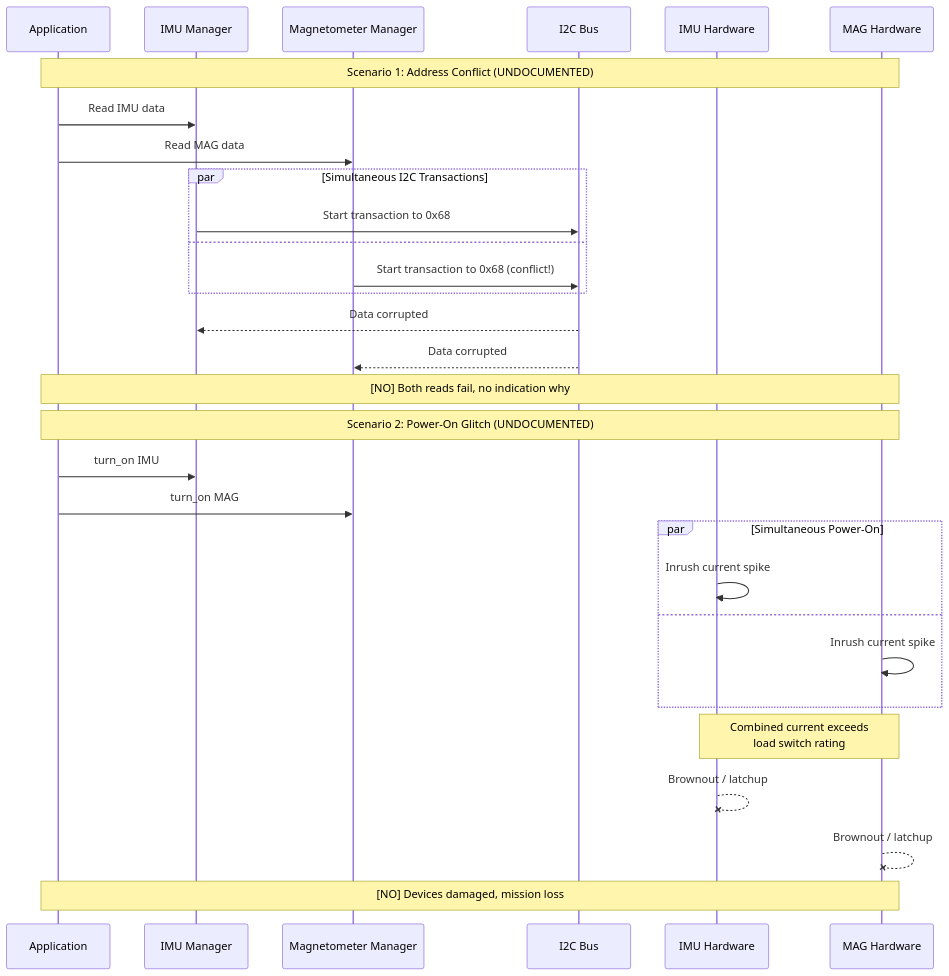
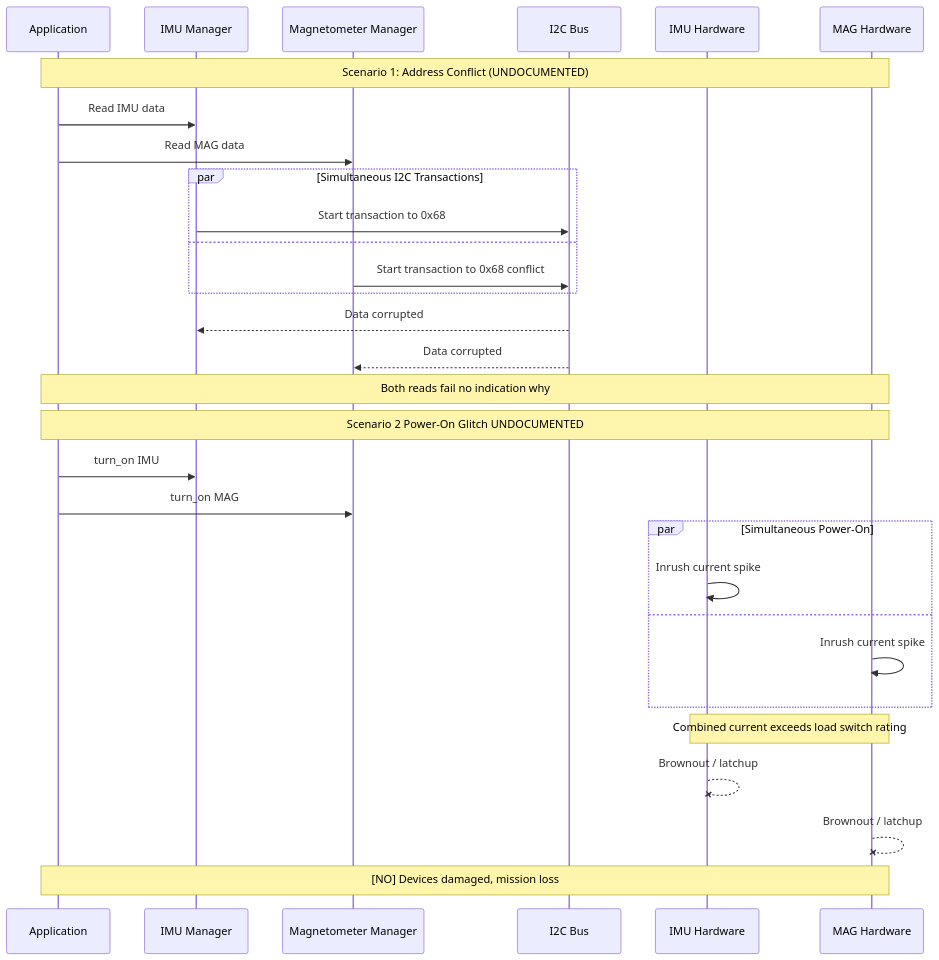
The sixth of 9 diagrams in docs/diagrams/knowledge-gaps.md (Lizo-RoadTown/PROVES_LIBRARY), drawn with Mermaid before and after one commit. The commit also changed other lines of this file and 3 other files, not shown here.

Commit message:
Fix all remaining sequence diagram syntax errors

````diff
--- a/docs/diagrams/knowledge-gaps.md
+++ b/docs/diagrams/knowledge-gaps.md
@@ -384,43 +384,43 @@
 ```mermaid
 sequenceDiagram
     participant App as Application
     participant IMU as IMU Manager
     participant Mag as Magnetometer Manager
     participant Bus as I2C Bus
     participant HW_IMU as IMU Hardware
     participant HW_MAG as MAG Hardware
 
     Note over App,HW_MAG: Scenario 1: Address Conflict (UNDOCUMENTED)
 
     App->>IMU: Read IMU data
     App->>Mag: Read MAG data
 
     par Simultaneous I2C Transactions
         IMU->>Bus: Start transaction to 0x68
     and
-        Mag->>Bus: Start transaction to 0x68 (conflict!)
+        Mag->>Bus: Start transaction to 0x68 conflict
     end
 
     Bus-->>IMU: Data corrupted
     Bus-->>Mag: Data corrupted
 
-    Note over App,HW_MAG: [NO] Both reads fail, no indication why
+    Note over App,HW_MAG: Both reads fail no indication why
 
-    Note over App,HW_MAG: Scenario 2: Power-On Glitch (UNDOCUMENTED)
+    Note over App,HW_MAG: Scenario 2 Power-On Glitch UNDOCUMENTED
 
     App->>IMU: turn_on IMU
     App->>Mag: turn_on MAG
 
     par Simultaneous Power-On
         HW_IMU->>HW_IMU: Inrush current spike
     and
         HW_MAG->>HW_MAG: Inrush current spike
     end
 
-    Note over HW_IMU,HW_MAG: Combined current exceeds<br/>load switch rating
+    Note over HW_IMU,HW_MAG: Combined current exceeds load switch rating
 
     HW_IMU--XHW_IMU: Brownout / latchup
     HW_MAG--XHW_MAG: Brownout / latchup
 
     Note over App,HW_MAG: [NO] Devices damaged, mission loss
 ```
````
